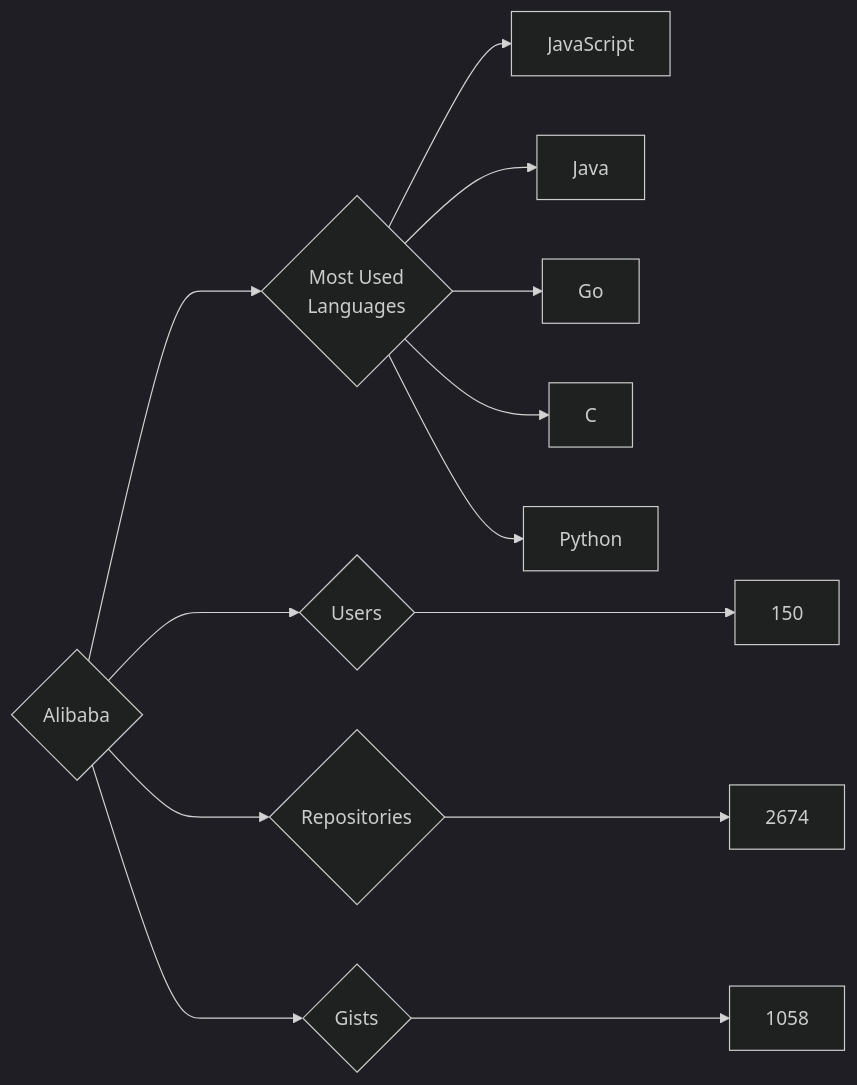
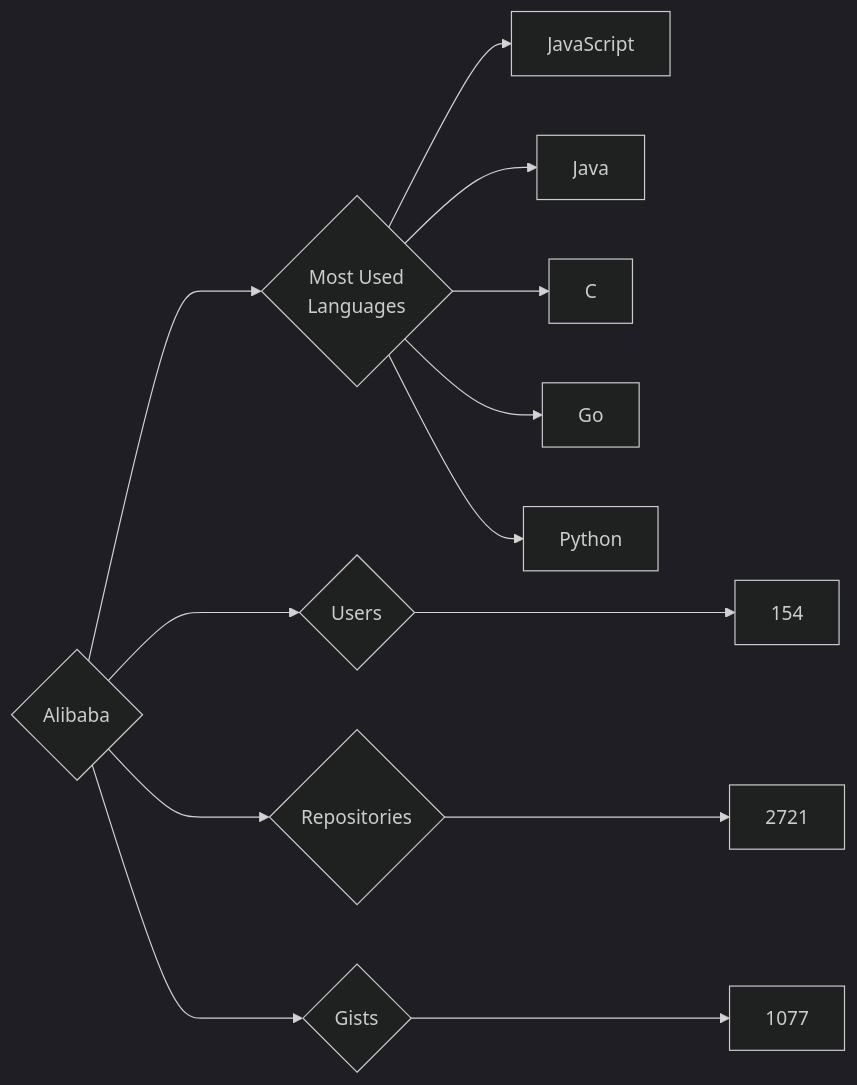
Before and after one commit to trickest/insiders: the diagram in targets/Alibaba/README.md, drawn with Mermaid (dark theme). The commit also changed 965 other files, not shown here.

````diff
--- a/targets/Alibaba/README.md
+++ b/targets/Alibaba/README.md
@@ -3,13 +3,13 @@
 ```mermaid
 graph LR
 COMPANY_NAME{Alibaba}
-COMPANY_NAME ---> U{Users} ---> UN[150]
-COMPANY_NAME ---> R{Repositories} ---> RN[2674]
-COMPANY_NAME ---> G{Gists} ---> GN[1058]
+COMPANY_NAME ---> U{Users} ---> UN[154]
+COMPANY_NAME ---> R{Repositories} ---> RN[2721]
+COMPANY_NAME ---> G{Gists} ---> GN[1077]
 COMPANY_NAME ---> ML{Most Used<br>Languages}
 ML --> JavaScript[JavaScript]
 ML --> Java[Java]
+ML --> C[C]
 ML --> Go[Go]
-ML --> C[C]
 ML --> Python[Python]
 ```
````
